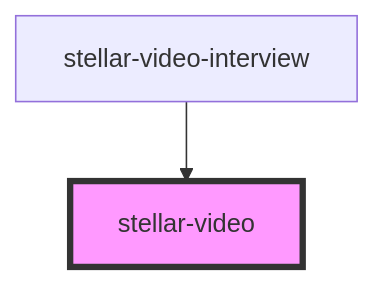
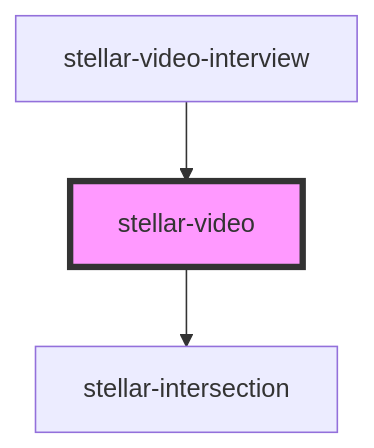
The diagram in src/components/media/video/readme.md (splitinfinities/Stellar), drawn with Mermaid before and after one commit. The commit also changed other lines of this file and 30 other files, not shown here.

Commit message:
feature: adds stellar-intersection, refactors all intersection observers to use stellar-intersection. Adds stellar-long-shadow, and refactors stellar-reveal and adds stellar-reveal-list

````diff
--- a/src/components/media/video/readme.md
+++ b/src/components/media/video/readme.md
@@ -106,5 +110,6 @@
 ```mermaid
 graph TD;
+  stellar-video --> stellar-intersection
   stellar-video-interview --> stellar-video
   style stellar-video fill:#f9f,stroke:#333,stroke-width:4px
 ```
````
